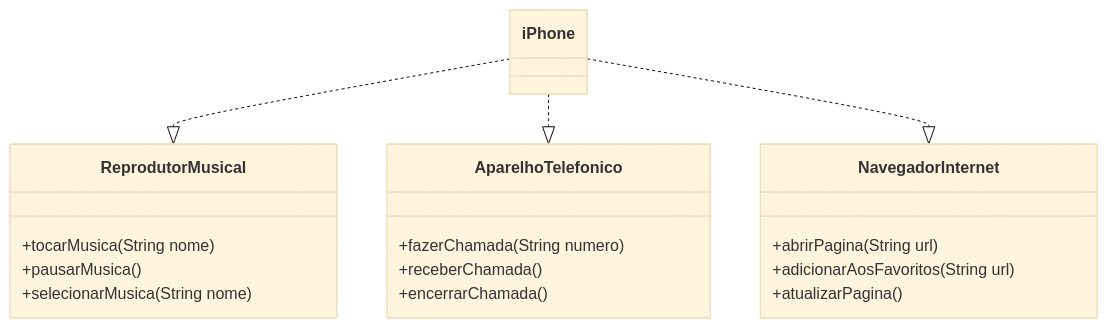
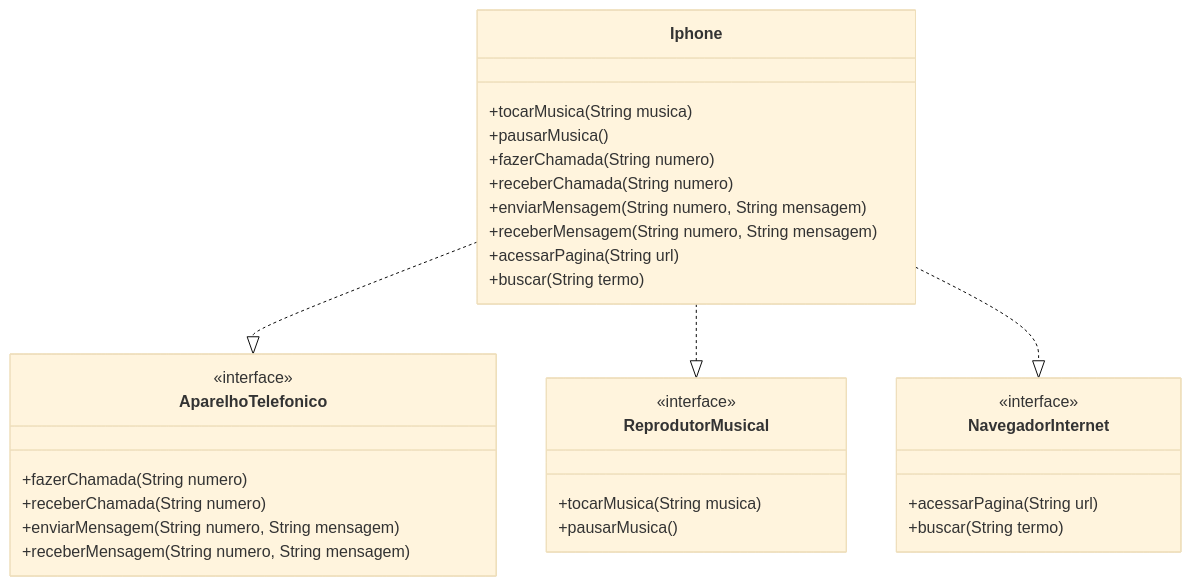
The diagram in README.md (Mazurexen/desafio-iphone), drawn with Mermaid (base theme) before and after one commit. The commit also changed 6 other files, not shown here.

````diff
--- a/README.md
+++ b/README.md
@@ -11,27 +11,37 @@
 ```mermaid
 classDiagram
-    class iPhone {
+    class AparelhoTelefonico {
+        <<interface>>
+        +fazerChamada(String numero)
+        +receberChamada(String numero)
+        +enviarMensagem(String numero, String mensagem)
+        +receberMensagem(String numero, String mensagem)
     }
 
     class ReprodutorMusical {
-        +tocarMusica(String nome)
+        <<interface>>
+        +tocarMusica(String musica)
         +pausarMusica()
-        +selecionarMusica(String nome)
-    }
-
-    class AparelhoTelefonico {
-        +fazerChamada(String numero)
-        +receberChamada()
-        +encerrarChamada()
     }
 
     class NavegadorInternet {
-        +abrirPagina(String url)
-        +adicionarAosFavoritos(String url)
-        +atualizarPagina()
+        <<interface>>
+        +acessarPagina(String url)
+        +buscar(String termo)
     }
 
-    iPhone ..|> ReprodutorMusical
-    iPhone ..|> AparelhoTelefonico
-    iPhone ..|> NavegadorInternet
+    class Iphone {
+        +tocarMusica(String musica)
+        +pausarMusica()
+        +fazerChamada(String numero)
+        +receberChamada(String numero)
+        +enviarMensagem(String numero, String mensagem)
+        +receberMensagem(String numero, String mensagem)
+        +acessarPagina(String url)
+        +buscar(String termo)
+    }
+
+    Iphone ..|> AparelhoTelefonico
+    Iphone ..|> ReprodutorMusical
+    Iphone ..|> NavegadorInternet
 ```
````
